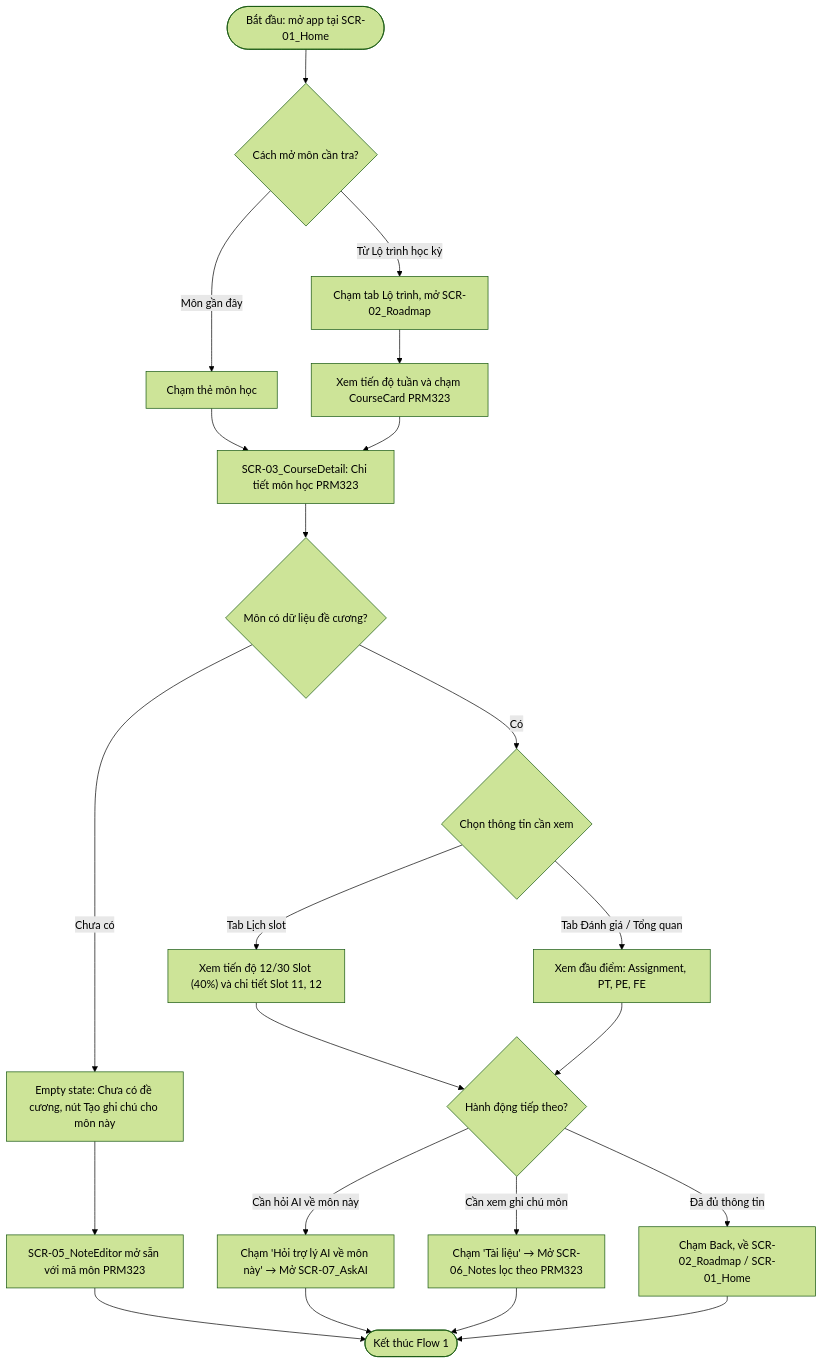
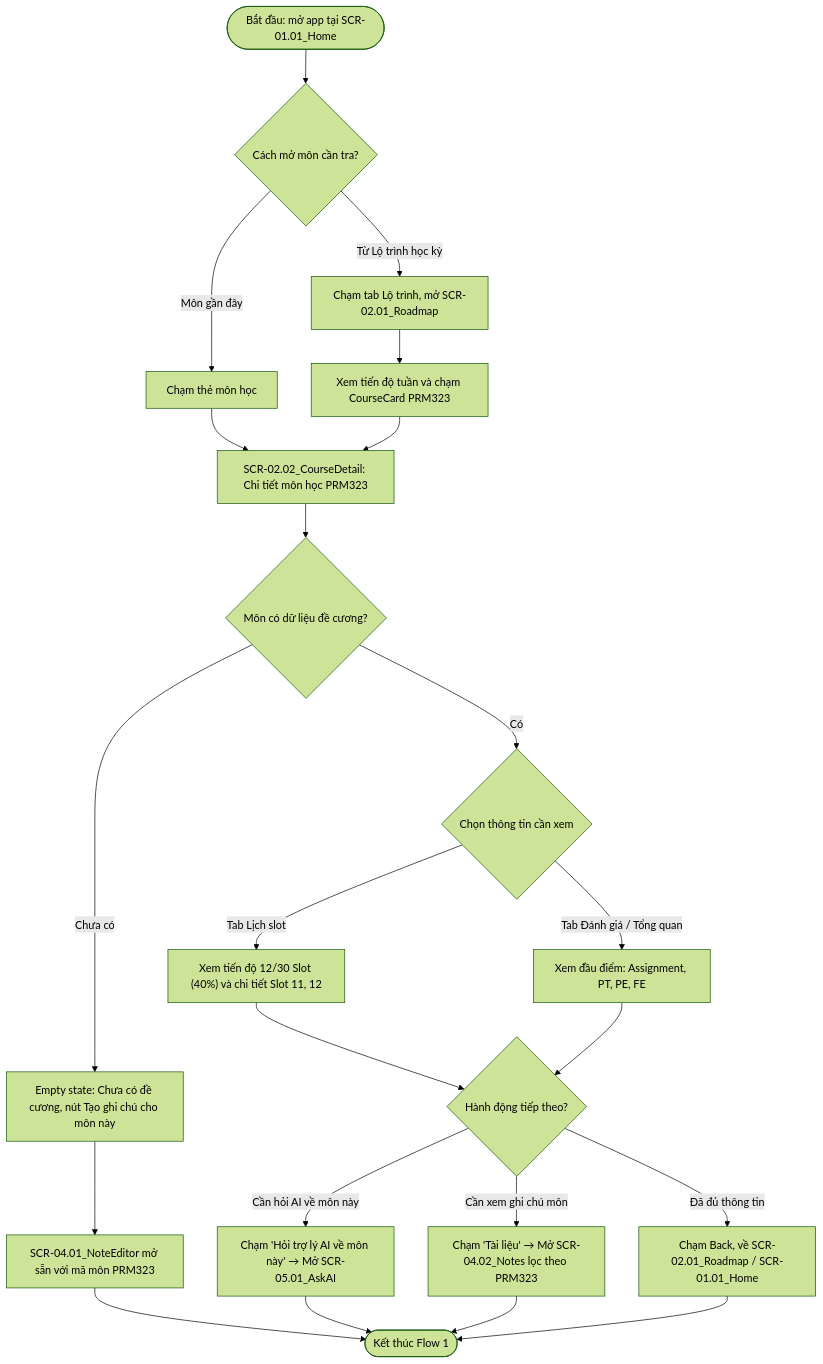
One commit to quanglong68/prm323-lab2-gr6 changed the first of 4 diagrams in ux/user-flow.md. Above: the diagram before and after it, drawn with Mermaid (forest theme). The commit also changed other lines of this file, not shown here.

````diff
--- a/ux/user-flow.md
+++ b/ux/user-flow.md
@@ -95,24 +95,24 @@
 ```mermaid
 flowchart TD
-    Start(["Bắt đầu: mở app tại SCR-01_Home"]) --> Source{"Cách mở môn cần tra?"}
+    Start(["Bắt đầu: mở app tại SCR-01.01_Home"]) --> Source{"Cách mở môn cần tra?"}
     Source -->|Môn gần đây| TapRecent["Chạm thẻ môn học"]
-    Source -->|Từ Lộ trình học kỳ| TabRoute["Chạm tab Lộ trình, mở SCR-02_Roadmap"]
+    Source -->|Từ Lộ trình học kỳ| TabRoute["Chạm tab Lộ trình, mở SCR-02.01_Roadmap"]
     TabRoute --> PickSubject["Xem tiến độ tuần và chạm CourseCard PRM323"]
-    TapRecent --> Details["SCR-03_CourseDetail: Chi tiết môn học PRM323"]
+    TapRecent --> Details["SCR-02.02_CourseDetail: Chi tiết môn học PRM323"]
     PickSubject --> Details
     Details --> HasData{"Môn có dữ liệu đề cương?"}
     HasData -->|Chưa có| EmptyState["Empty state: Chưa có đề cương, nút Tạo ghi chú cho môn này"]
-    EmptyState --> NewNote["SCR-05_NoteEditor mở sẵn với mã môn PRM323"]
+    EmptyState --> NewNote["SCR-04.01_NoteEditor mở sẵn với mã môn PRM323"]
     NewNote --> End1
     HasData -->|Có| Tabs{"Chọn thông tin cần xem"}
     Tabs -->|Tab Lịch slot| Slots["Xem tiến độ 12/30 Slot (40%) và chi tiết Slot 11, 12"]
     Tabs -->|Tab Đánh giá / Tổng quan| Assess["Xem đầu điểm: Assignment, PT, PE, FE"]
     Slots --> Next{"Hành động tiếp theo?"}
     Assess --> Next
-    Next -->|Cần hỏi AI về môn này| AskAI["Chạm 'Hỏi trợ lý AI về môn này' → Mở SCR-07_AskAI"]
-    Next -->|Cần xem ghi chú môn| Notes["Chạm 'Tài liệu' → Mở SCR-06_Notes lọc theo PRM323"]
-    Next -->|Đã đủ thông tin| Back["Chạm Back, về SCR-02_Roadmap / SCR-01_Home"]
+    Next -->|Cần hỏi AI về môn này| AskAI["Chạm 'Hỏi trợ lý AI về môn này' → Mở SCR-05.01_AskAI"]
+    Next -->|Cần xem ghi chú môn| Notes["Chạm 'Tài liệu' → Mở SCR-04.02_Notes lọc theo PRM323"]
+    Next -->|Đã đủ thông tin| Back["Chạm Back, về SCR-02.01_Roadmap / SCR-01.01_Home"]
     AskAI --> End1(["Kết thúc Flow 1"])
     Notes --> End1
     Back --> End1
 ```
````
